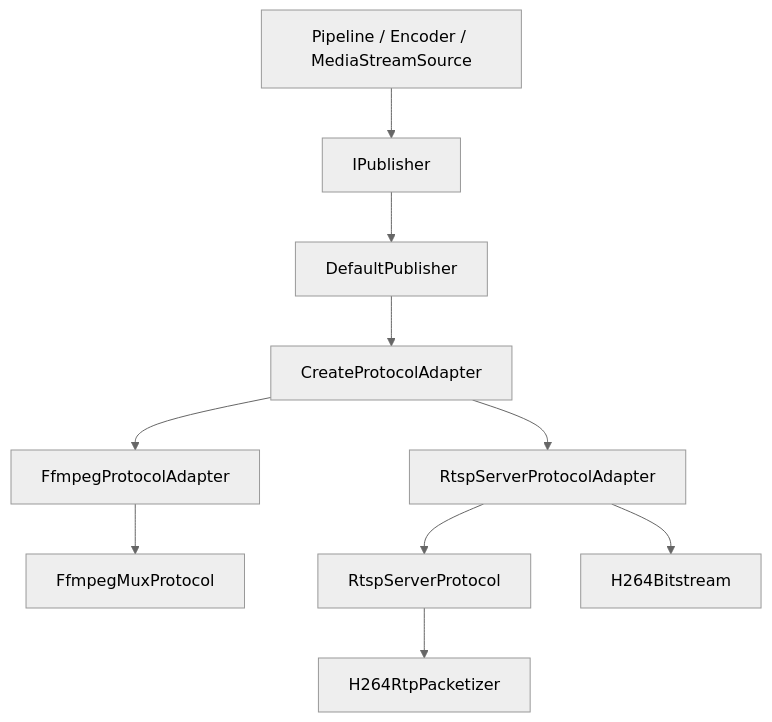
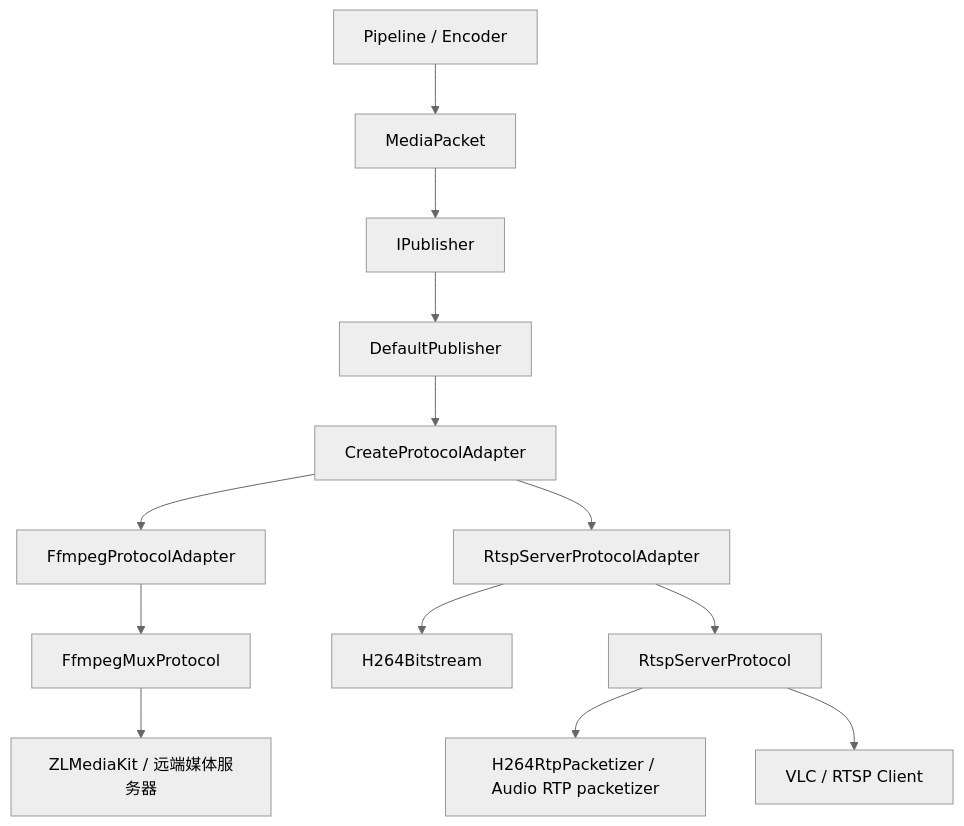
The diagram in docs/publisher-protocol-design.md (mxxmstar/video-pipeline), drawn with Mermaid (neutral theme) before and after one commit. The commit also changed other lines of this file and 14 other files, not shown here.

````diff
--- a/docs/publisher-protocol-design.md
+++ b/docs/publisher-protocol-design.md
@@ -16,12 +22,17 @@
 ```mermaid
 flowchart TD
-    Pipeline["Pipeline / Encoder / MediaStreamSource"] --> Publisher["IPublisher"]
-    Publisher --> DefaultPublisher["DefaultPublisher"]
-    DefaultPublisher --> AdapterFactory["CreateProtocolAdapter"]
-    AdapterFactory --> FfmpegAdapter["FfmpegProtocolAdapter"]
-    AdapterFactory --> RtspAdapter["RtspServerProtocolAdapter"]
-    FfmpegAdapter --> FfmpegProtocol["FfmpegMuxProtocol"]
-    RtspAdapter --> RtspProtocol["RtspServerProtocol"]
-    RtspAdapter --> H264Parser["H264Bitstream"]
-    RtspProtocol --> H264Packetizer["H264RtpPacketizer"]
+    Pipeline["Pipeline / Encoder"] --> Packet["MediaPacket"]
+    Packet --> API["IPublisher"]
+    API --> Default["DefaultPublisher"]
+    Default --> Factory["CreateProtocolAdapter"]
+
+    Factory --> FA["FfmpegProtocolAdapter"]
+    FA --> FM["FfmpegMuxProtocol"]
+    FM --> Remote["ZLMediaKit / 远端媒体服务器"]
+
+    Factory --> RA["RtspServerProtocolAdapter"]
+    RA --> H264["H264Bitstream"]
+    RA --> RS["RtspServerProtocol"]
+    RS --> Packetizer["H264RtpPacketizer / Audio RTP packetizer"]
+    RS --> Client["VLC / RTSP Client"]
 ```
````
